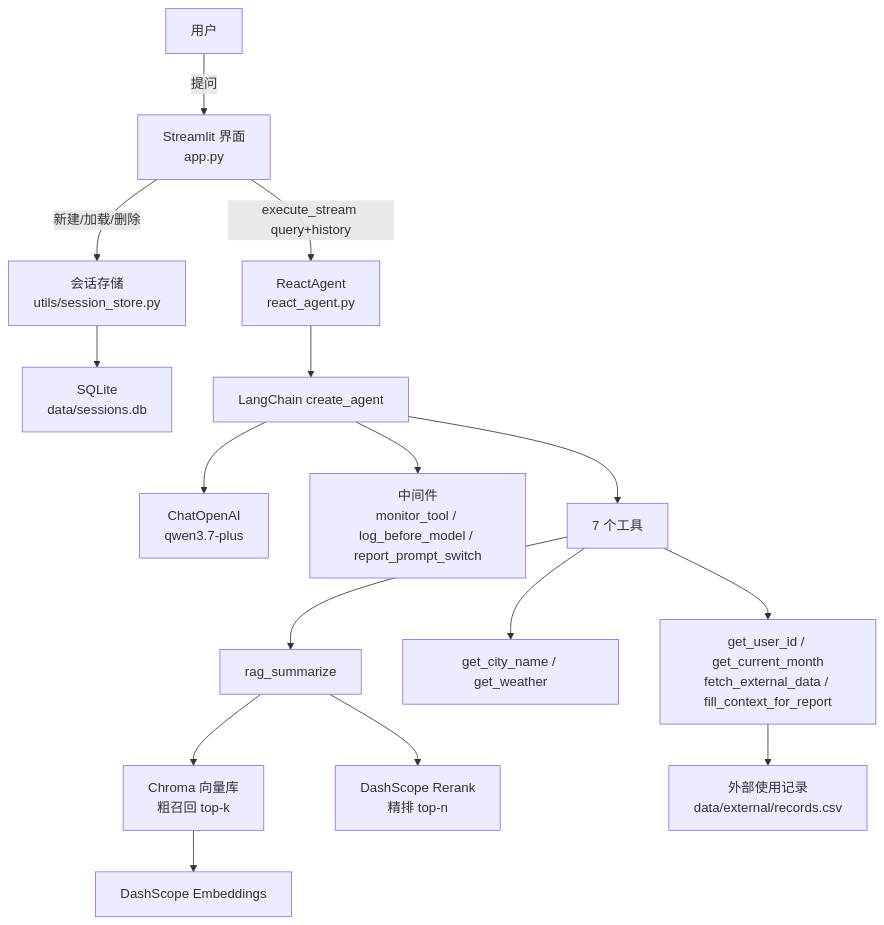
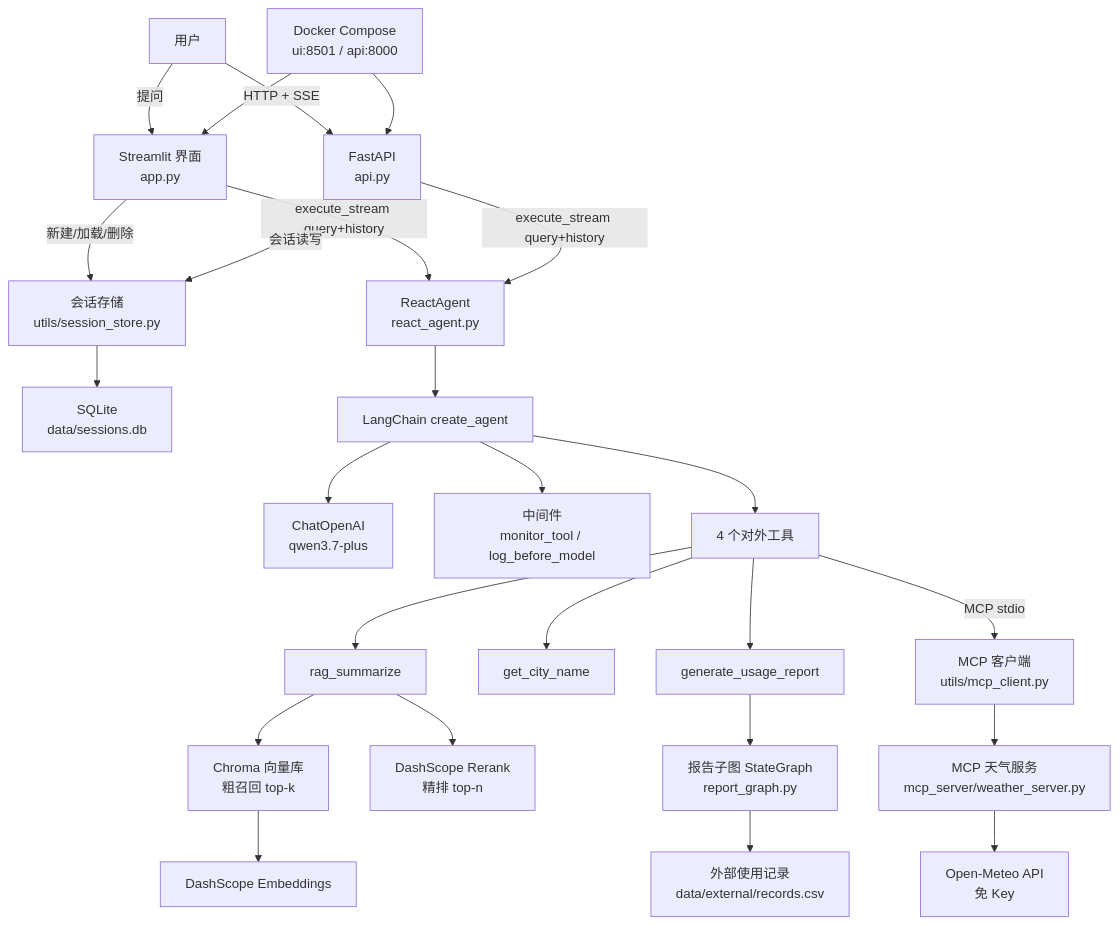
One commit to MackMeng/robot-vacuum-customer-service changed the first of 2 diagrams in README.md. Above: the diagram before and after it, drawn with Mermaid. The commit also changed other lines of this file and 16 other files, not shown here.

First line of the commit message:
Add report StateGraph, MCP weather service, FastAPI/Docker delivery

````diff
--- a/README.md
+++ b/README.md
@@ -33,18 +35,27 @@
 ```mermaid
 flowchart TD
     User[用户] -->|提问| UI["Streamlit 界面<br/>app.py"]
+    User -->|HTTP + SSE| API["FastAPI<br/>api.py"]
+    DC["Docker Compose<br/>ui:8501 / api:8000"] --> UI
+    DC --> API
     UI -->|execute_stream query+history| Agent["ReactAgent<br/>react_agent.py"]
+    API -->|execute_stream query+history| Agent
     UI -->|新建/加载/删除| Store["会话存储<br/>utils/session_store.py"]
+    API -->|会话读写| Store
     Store --> DB["SQLite<br/>data/sessions.db"]
     Agent --> Core["LangChain create_agent"]
     Core --> Model["ChatOpenAI<br/>qwen3.7-plus"]
-    Core --> MW["中间件<br/>monitor_tool / log_before_model / report_prompt_switch"]
-    Core --> Tools["7 个工具"]
+    Core --> MW["中间件<br/>monitor_tool / log_before_model"]
+    Core --> Tools["4 个对外工具"]
     Tools --> RAG["rag_summarize"]
-    Tools --> Env["get_city_name / get_weather"]
-    Tools --> Rep["get_user_id / get_current_month<br/>fetch_external_data / fill_context_for_report"]
+    Tools --> City["get_city_name"]
+    Tools --> Rep["generate_usage_report"]
     RAG --> VS["Chroma 向量库<br/>粗召回 top-k"]
     RAG --> RR["DashScope Rerank<br/>精排 top-n"]
     VS --> Emb["DashScope Embeddings"]
-    Rep --> CSV["外部使用记录<br/>data/external/records.csv"]
+    Rep --> RG["报告子图 StateGraph<br/>report_graph.py"]
+    RG --> CSV["外部使用记录<br/>data/external/records.csv"]
+    Tools -->|MCP stdio| MC["MCP 客户端<br/>utils/mcp_client.py"]
+    MC --> WX["MCP 天气服务<br/>mcp_server/weather_server.py"]
+    WX --> OM["Open-Meteo API<br/>免 Key"]
 ```
````
